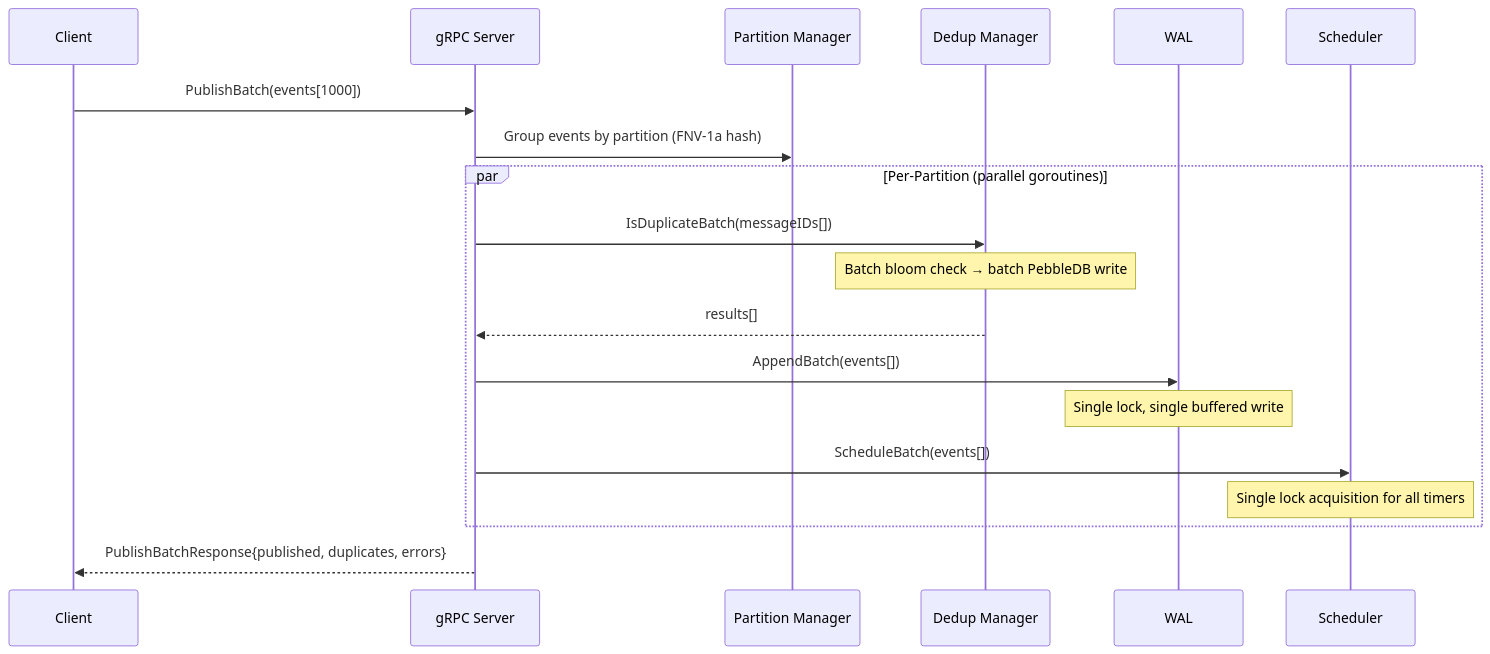
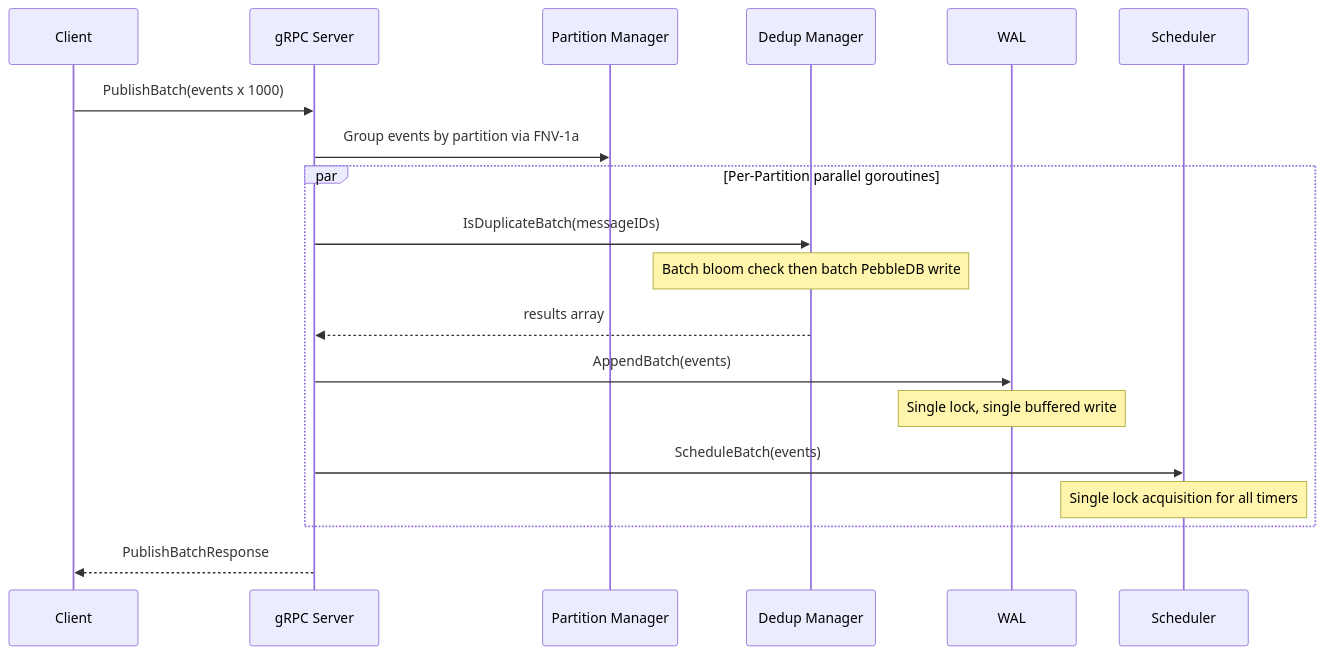
Before and after one commit to jatin711-debug/cronos_db_golang: the fifth of 36 diagrams in ARCHITECTURE.md, drawn with Mermaid. The commit also changed other lines of this file, not shown here.

First line of the commit message:
docs(architecture): simplify documentation structure and improve clarity

````diff
--- a/ARCHITECTURE.md
+++ b/ARCHITECTURE.md
@@ -223,26 +192,26 @@
 ```mermaid
 sequenceDiagram
     participant Client
     participant gRPC as gRPC Server
     participant PM as Partition Manager
     participant DD as Dedup Manager
     participant WAL as WAL
     participant SCH as Scheduler
 
-    Client->>gRPC: PublishBatch(events[1000])
-    gRPC->>PM: Group events by partition (FNV-1a hash)
+    Client->>gRPC: PublishBatch(events x 1000)
+    gRPC->>PM: Group events by partition via FNV-1a
 
-    par Per-Partition (parallel goroutines)
-        gRPC->>DD: IsDuplicateBatch(messageIDs[])
-        Note over DD: Batch bloom check → batch PebbleDB write
-        DD-->>gRPC: results[]
+    par Per-Partition parallel goroutines
+        gRPC->>DD: IsDuplicateBatch(messageIDs)
+        Note over DD: Batch bloom check then batch PebbleDB write
+        DD-->>gRPC: results array
 
-        gRPC->>WAL: AppendBatch(events[])
+        gRPC->>WAL: AppendBatch(events)
         Note over WAL: Single lock, single buffered write
 
-        gRPC->>SCH: ScheduleBatch(events[])
+        gRPC->>SCH: ScheduleBatch(events)
         Note over SCH: Single lock acquisition for all timers
     end
 
-    gRPC-->>Client: PublishBatchResponse{published, duplicates, errors}
+    gRPC-->>Client: PublishBatchResponse
 ```
````
